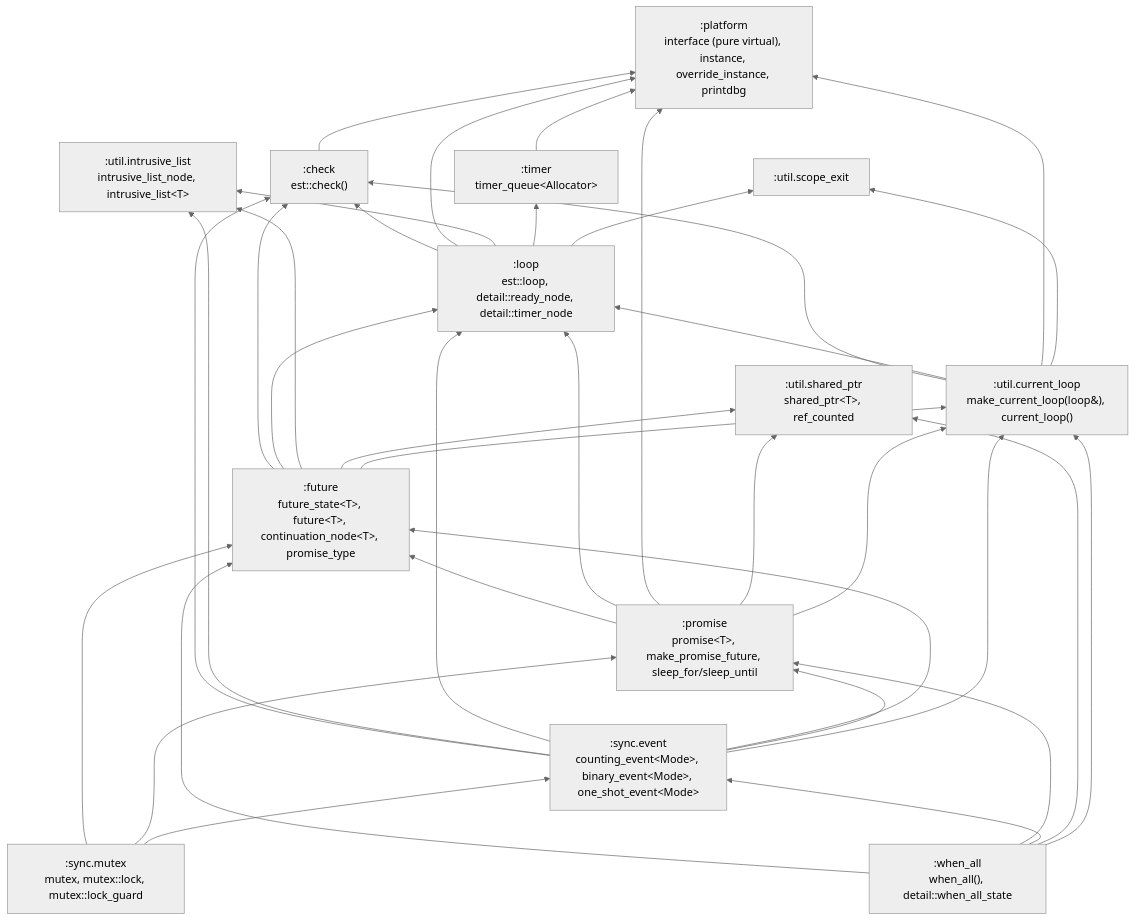
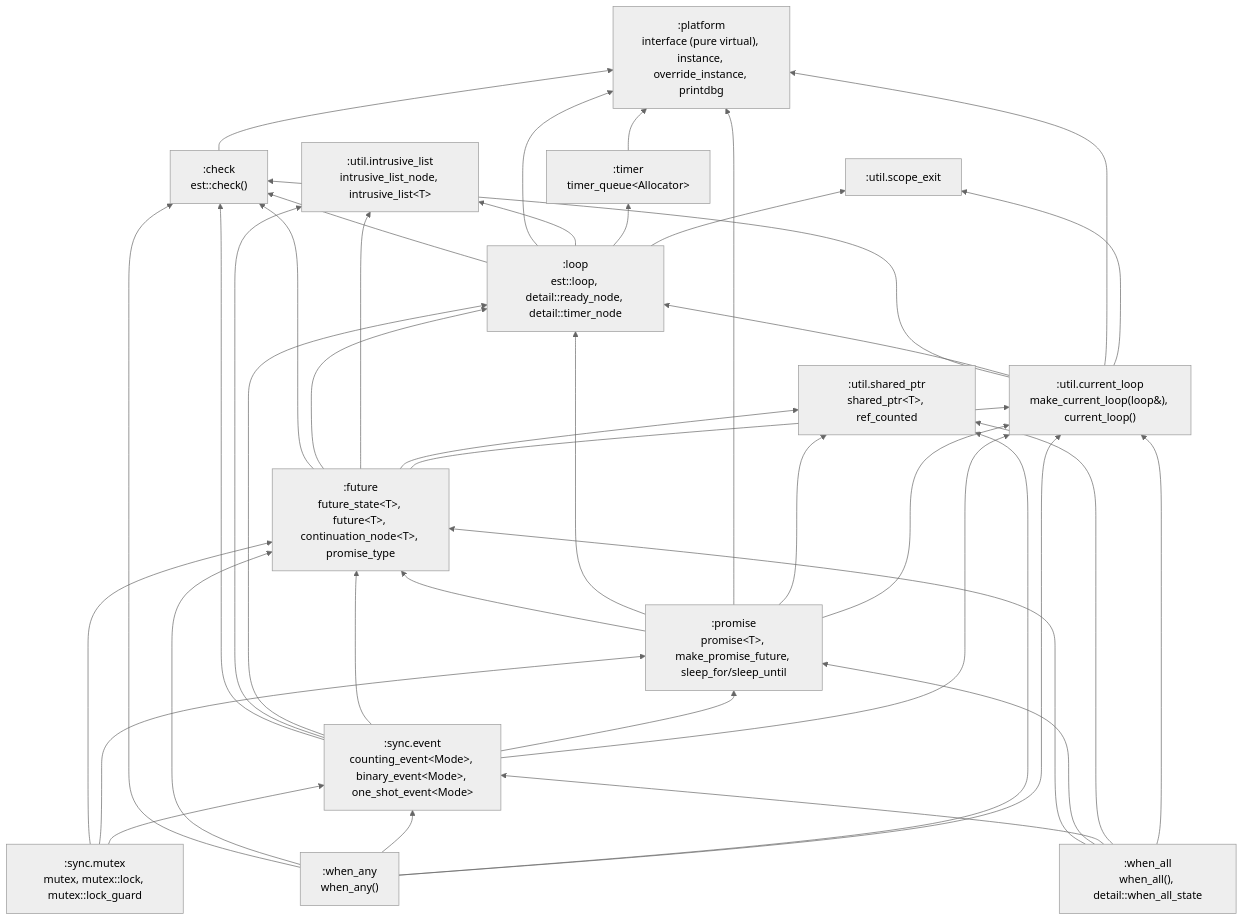
Before and after one commit to andijcr/async_experiments: the first of 2 diagrams in docs/wiki/Architecture.md, drawn with Mermaid (neutral theme). The commit also changed 8 other files, not shown here.

First line of the commit message:
Add est::when_any() combinator (issue #54, part two)

````diff
--- a/docs/wiki/Architecture.md
+++ b/docs/wiki/Architecture.md
@@ -10,52 +10,58 @@
 ```mermaid
 graph BT
   platform[":platform<br/>interface (pure virtual), instance, override_instance, printdbg"]
   check[":check<br/>est::check()"]
   scope_exit[":util.scope_exit"]
   shared_ptr[":util.shared_ptr<br/>shared_ptr&lt;T&gt;, ref_counted"]
   intrusive_list[":util.intrusive_list<br/>intrusive_list_node, intrusive_list&lt;T&gt;"]
   event[":sync.event<br/>counting_event&lt;Mode&gt;, binary_event&lt;Mode&gt;, one_shot_event&lt;Mode&gt;"]
   mutex[":sync.mutex<br/>mutex, mutex::lock, mutex::lock_guard"]
   timer[":timer<br/>timer_queue&lt;Allocator&gt;"]
   loop[":loop<br/>est::loop, detail::ready_node, detail::timer_node"]
   current_loop[":util.current_loop<br/>make_current_loop(loop&amp;), current_loop()"]
   future[":future<br/>future_state&lt;T&gt;, future&lt;T&gt;, continuation_node&lt;T&gt;, promise_type"]
   promise[":promise<br/>promise&lt;T&gt;, make_promise_future, sleep_for/sleep_until"]
   when_all[":when_all<br/>when_all(), detail::when_all_state"]
+  when_any[":when_any<br/>when_any()"]
 
   check --> platform
   event --> check
   event --> intrusive_list
   event --> loop
   event --> future
   event --> promise
   event --> current_loop
   mutex --> future
   mutex --> promise
   mutex --> event
   timer --> platform
   loop --> check
   loop --> platform
   loop --> intrusive_list
   loop --> timer
   loop --> scope_exit
   current_loop --> check
   current_loop --> loop
   current_loop --> platform
   current_loop --> scope_exit
   future --> check
   future --> loop
   future --> intrusive_list
   future --> shared_ptr
   future --> current_loop
   promise --> future
   promise --> loop
   promise --> platform
   promise --> shared_ptr
   promise --> current_loop
   when_all --> future
   when_all --> promise
   when_all --> event
   when_all --> shared_ptr
   when_all --> current_loop
+  when_any --> check
+  when_any --> future
+  when_any --> event
+  when_any --> shared_ptr
+  when_any --> current_loop
 ```
````
